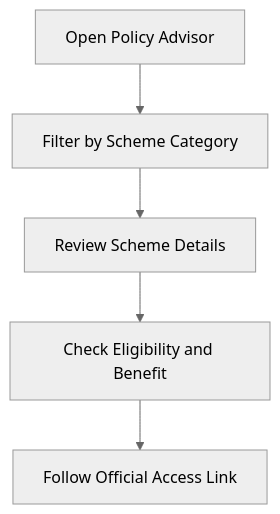
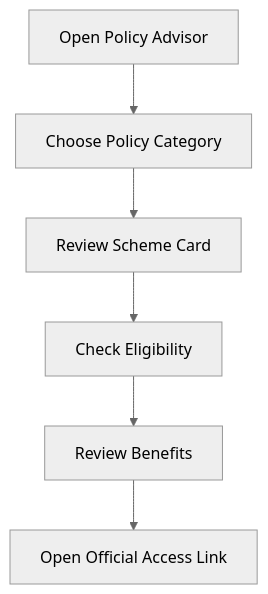
One commit to SAMxENGINEER/ALL_DOCUMENTATIONS- changed the fifth of 7 diagrams in docs/Projects/FasalMitra/03-user-journeys.md. Above: the diagram before and after it, drawn with Mermaid (neutral theme). The commit also changed other lines of this file and 4 other files, not shown here.

Commit message:
refactor: enhance FasalMitra documentation with detailed user journeys, service contracts, and architectural insights

````diff
--- a/docs/Projects/FasalMitra/03-user-journeys.md
+++ b/docs/Projects/FasalMitra/03-user-journeys.md
@@ -57,7 +109,8 @@
 ```mermaid
 flowchart TD
-    A[Open Policy Advisor] --> B[Filter by Scheme Category]
-    B --> C[Review Scheme Details]
-    C --> D[Check Eligibility and Benefit]
-    D --> E[Follow Official Access Link]
+    A[Open Policy Advisor] --> B[Choose Policy Category]
+    B --> C[Review Scheme Card]
+    C --> D[Check Eligibility]
+    D --> E[Review Benefits]
+    E --> F[Open Official Access Link]
 ```
````
